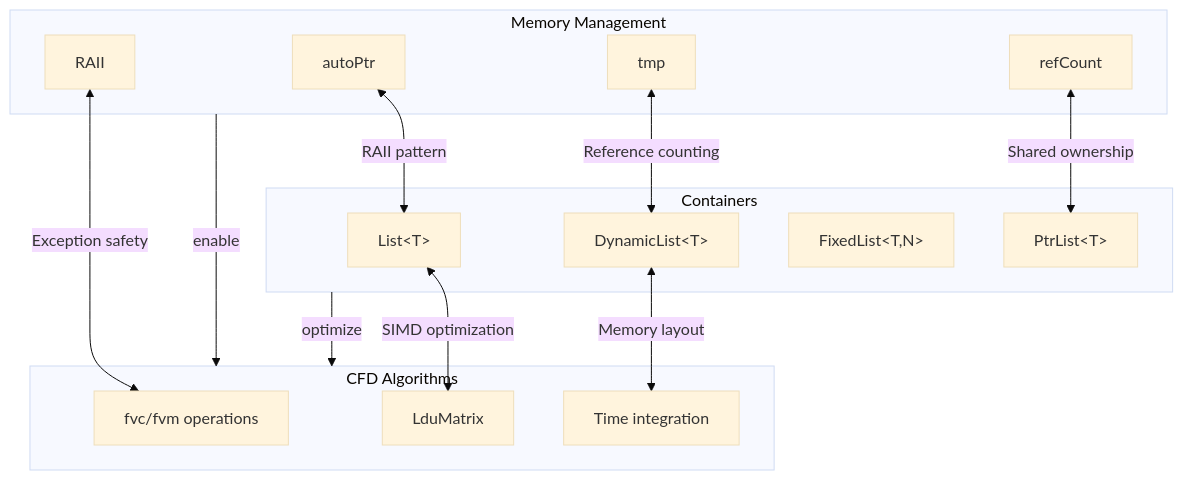
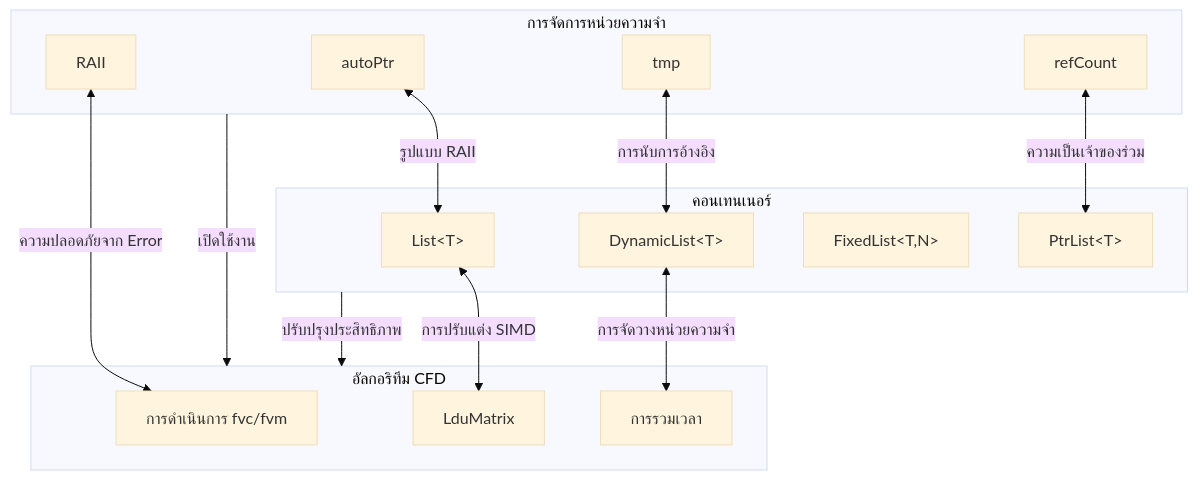
The second of 3 diagrams in MODULE_05_OPENFOAM_PROGRAMMING/CONTENT/03_CONTAINERS_MEMORY/04_Integration_and_Best_Practices.md (wramet/build-my-cfd), drawn with Mermaid (base theme) before and after one commit. The commit also changed other lines of this file and 104 other files, not shown here.

````diff
--- a/MODULE_05_OPENFOAM_PROGRAMMING/CONTENT/03_CONTAINERS_MEMORY/04_Integration_and_Best_Practices.md
+++ b/MODULE_05_OPENFOAM_PROGRAMMING/CONTENT/03_CONTAINERS_MEMORY/04_Integration_and_Best_Practices.md
@@ -97,32 +87,32 @@
 ```mermaid
 flowchart TB
-    subgraph MI["Memory Management"]
+    subgraph MI["การจัดการหน่วยความจำ"]
         M1[autoPtr]
         M2[tmp]
         M3[refCount]
         M4[RAII]
     end
 
-    subgraph CO["Containers"]
+    subgraph CO["คอนเทนเนอร์"]
         C1[List&lt;T&gt;]
         C2[DynamicList&lt;T&gt;]
         C3[FixedList&lt;T,N&gt;]
         C4[PtrList&lt;T&gt;]
     end
 
-    subgraph CF["CFD Algorithms"]
-        A1[fvc/fvm operations]
+    subgraph CF["อัลกอริทึม CFD"]
+        A1[การดำเนินการ fvc/fvm]
         A2[LduMatrix]
-        A3[Time integration]
+        A3[การรวมเวลา]
     end
 
-    M1 <-->|RAII pattern| C1
-    M2 <-->|Reference counting| C2
-    M3 <-->|Shared ownership| C4
-    M4 <-->|Exception safety| A1
-    C1 <-->|SIMD optimization| A2
-    C2 <-->|Memory layout| A3
+    M1 <-->|รูปแบบ RAII| C1
+    M2 <-->|การนับการอ้างอิง| C2
+    M3 <-->|ความเป็นเจ้าของร่วม| C4
+    M4 <-->|ความปลอดภัยจาก Error| A1
+    C1 <-->|การปรับแต่ง SIMD| A2
+    C2 <-->|การจัดวางหน่วยความจำ| A3
 
-    MI -->|enable| CF
-    CO -->|optimize| CF
+    MI -->|เปิดใช้งาน| CF
+    CO -->|ปรับปรุงประสิทธิภาพ| CF
 ```
````
